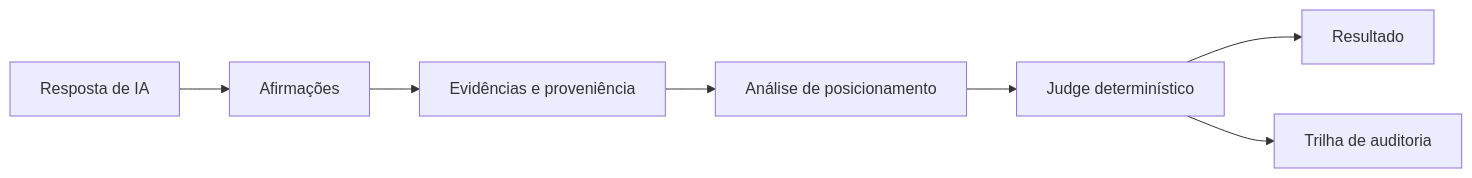
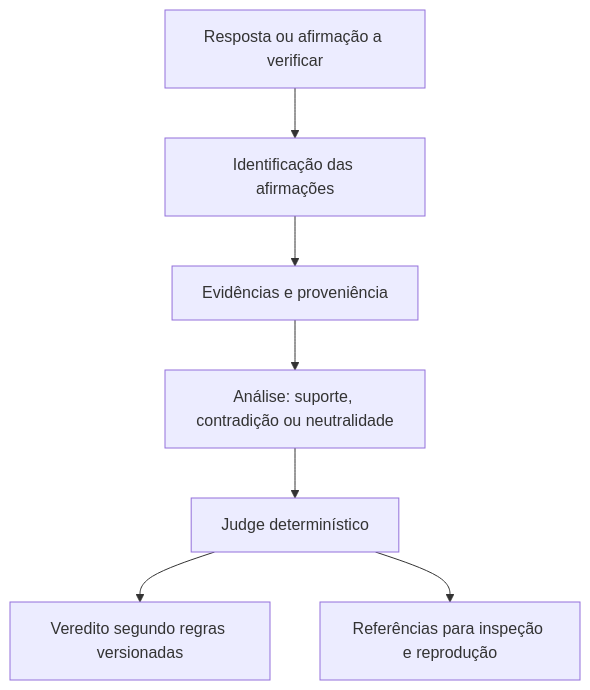
Before and after one commit to Ayorinha/ayorai-opensearch: the diagram in README.md, drawn with Mermaid. The commit also changed other lines of this file, not shown here.

````diff
--- a/README.md
+++ b/README.md
@@ -34,9 +34,9 @@
 ```mermaid
-flowchart LR
-    A["Resposta de IA"] --> B["Afirmações"]
+flowchart TD
+    A["Resposta ou afirmação a verificar"] --> B["Identificação das afirmações"]
     B --> C["Evidências e proveniência"]
-    C --> D["Análise de posicionamento"]
+    C --> D["Análise: suporte, contradição ou neutralidade"]
     D --> E["Judge determinístico"]
-    E --> F["Resultado"]
-    E --> G["Trilha de auditoria"]
+    E --> F["Veredito segundo regras versionadas"]
+    E --> G["Referências para inspeção e reprodução"]
 ```
````
